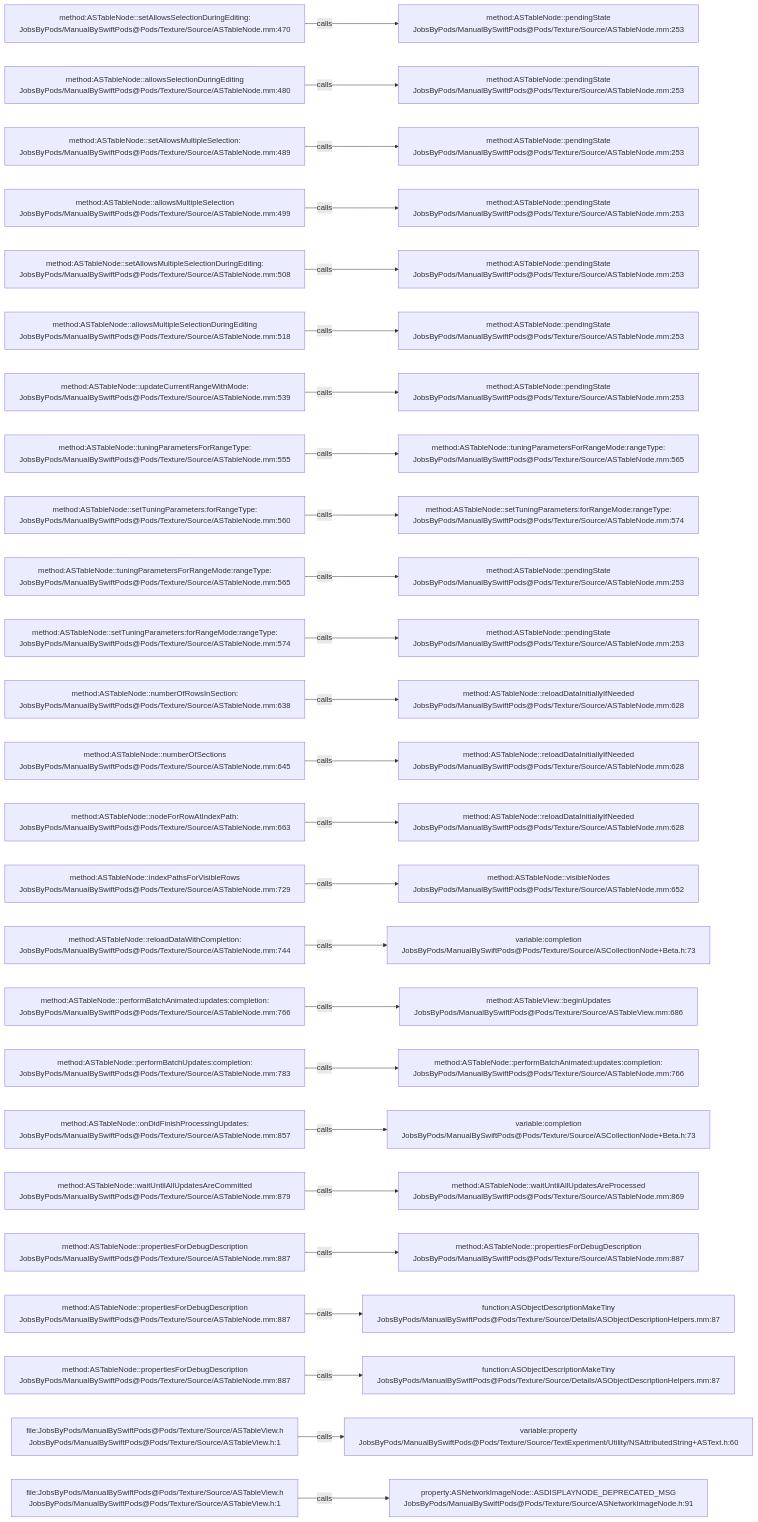
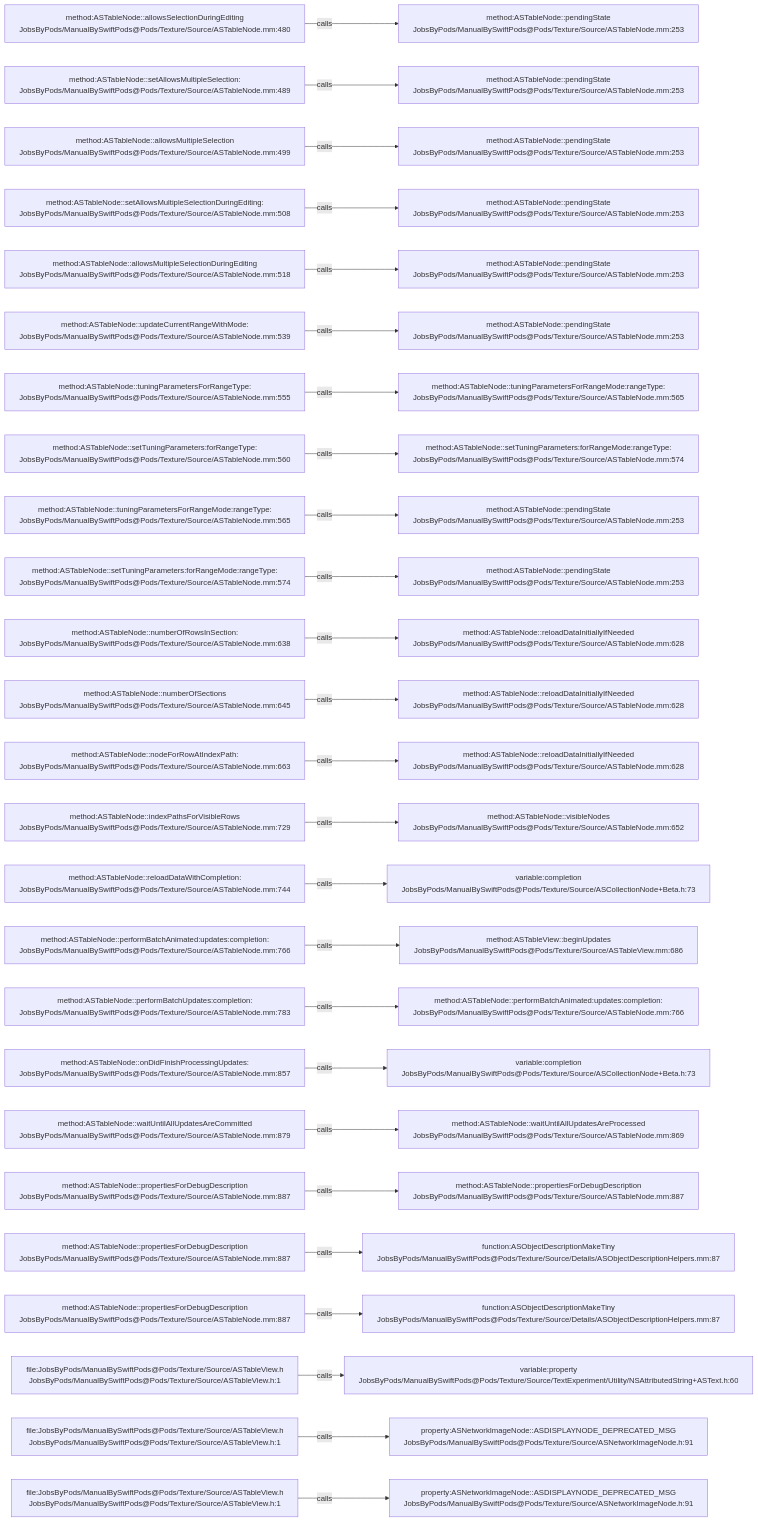
Before and after one commit to JobsKits/JobsSwiftBaseConfigDemo: the diagram in .codegraph/codegraph.md/graphs/calls-056.md, drawn with Mermaid. The commit also changed 747 other files, not shown here.

````diff
--- a/.codegraph/codegraph.md/graphs/calls-056.md
+++ b/.codegraph/codegraph.md/graphs/calls-056.md
@@ -13,78 +13,78 @@
 ```mermaid
 flowchart LR
-  S1["method:ASTableNode::setAllowsSelectionDuringEditing:<br/>JobsByPods/ManualBySwiftPods@Pods/Texture/Source/ASTableNode.mm:470"]
+  S1["method:ASTableNode::allowsSelectionDuringEditing<br/>JobsByPods/ManualBySwiftPods@Pods/Texture/Source/ASTableNode.mm:480"]
   T1["method:ASTableNode::pendingState<br/>JobsByPods/ManualBySwiftPods@Pods/Texture/Source/ASTableNode.mm:253"]
   S1 -->|calls| T1
-  S2["method:ASTableNode::allowsSelectionDuringEditing<br/>JobsByPods/ManualBySwiftPods@Pods/Texture/Source/ASTableNode.mm:480"]
+  S2["method:ASTableNode::setAllowsMultipleSelection:<br/>JobsByPods/ManualBySwiftPods@Pods/Texture/Source/ASTableNode.mm:489"]
   T2["method:ASTableNode::pendingState<br/>JobsByPods/ManualBySwiftPods@Pods/Texture/Source/ASTableNode.mm:253"]
   S2 -->|calls| T2
-  S3["method:ASTableNode::setAllowsMultipleSelection:<br/>JobsByPods/ManualBySwiftPods@Pods/Texture/Source/ASTableNode.mm:489"]
+  S3["method:ASTableNode::allowsMultipleSelection<br/>JobsByPods/ManualBySwiftPods@Pods/Texture/Source/ASTableNode.mm:499"]
   T3["method:ASTableNode::pendingState<br/>JobsByPods/ManualBySwiftPods@Pods/Texture/Source/ASTableNode.mm:253"]
   S3 -->|calls| T3
-  S4["method:ASTableNode::allowsMultipleSelection<br/>JobsByPods/ManualBySwiftPods@Pods/Texture/Source/ASTableNode.mm:499"]
+  S4["method:ASTableNode::setAllowsMultipleSelectionDuringEditing:<br/>JobsByPods/ManualBySwiftPods@Pods/Texture/Source/ASTableNode.mm:508"]
   T4["method:ASTableNode::pendingState<br/>JobsByPods/ManualBySwiftPods@Pods/Texture/Source/ASTableNode.mm:253"]
   S4 -->|calls| T4
-  S5["method:ASTableNode::setAllowsMultipleSelectionDuringEditing:<br/>JobsByPods/ManualBySwiftPods@Pods/Texture/Source/ASTableNode.mm:508"]
+  S5["method:ASTableNode::allowsMultipleSelectionDuringEditing<br/>JobsByPods/ManualBySwiftPods@Pods/Texture/Source/ASTableNode.mm:518"]
   T5["method:ASTableNode::pendingState<br/>JobsByPods/ManualBySwiftPods@Pods/Texture/Source/ASTableNode.mm:253"]
   S5 -->|calls| T5
-  S6["method:ASTableNode::allowsMultipleSelectionDuringEditing<br/>JobsByPods/ManualBySwiftPods@Pods/Texture/Source/ASTableNode.mm:518"]
+  S6["method:ASTableNode::updateCurrentRangeWithMode:<br/>JobsByPods/ManualBySwiftPods@Pods/Texture/Source/ASTableNode.mm:539"]
   T6["method:ASTableNode::pendingState<br/>JobsByPods/ManualBySwiftPods@Pods/Texture/Source/ASTableNode.mm:253"]
   S6 -->|calls| T6
-  S7["method:ASTableNode::updateCurrentRangeWithMode:<br/>JobsByPods/ManualBySwiftPods@Pods/Texture/Source/ASTableNode.mm:539"]
-  T7["method:ASTableNode::pendingState<br/>JobsByPods/ManualBySwiftPods@Pods/Texture/Source/ASTableNode.mm:253"]
+  S7["method:ASTableNode::tuningParametersForRangeType:<br/>JobsByPods/ManualBySwiftPods@Pods/Texture/Source/ASTableNode.mm:555"]
+  T7["method:ASTableNode::tuningParametersForRangeMode:rangeType:<br/>JobsByPods/ManualBySwiftPods@Pods/Texture/Source/ASTableNode.mm:565"]
   S7 -->|calls| T7
-  S8["method:ASTableNode::tuningParametersForRangeType:<br/>JobsByPods/ManualBySwiftPods@Pods/Texture/Source/ASTableNode.mm:555"]
-  T8["method:ASTableNode::tuningParametersForRangeMode:rangeType:<br/>JobsByPods/ManualBySwiftPods@Pods/Texture/Source/ASTableNode.mm:565"]
+  S8["method:ASTableNode::setTuningParameters:forRangeType:<br/>JobsByPods/ManualBySwiftPods@Pods/Texture/Source/ASTableNode.mm:560"]
+  T8["method:ASTableNode::setTuningParameters:forRangeMode:rangeType:<br/>JobsByPods/ManualBySwiftPods@Pods/Texture/Source/ASTableNode.mm:574"]
   S8 -->|calls| T8
-  S9["method:ASTableNode::setTuningParameters:forRangeType:<br/>JobsByPods/ManualBySwiftPods@Pods/Texture/Source/ASTableNode.mm:560"]
-  T9["method:ASTableNode::setTuningParameters:forRangeMode:rangeType:<br/>JobsByPods/ManualBySwiftPods@Pods/Texture/Source/ASTableNode.mm:574"]
+  S9["method:ASTableNode::tuningParametersForRangeMode:rangeType:<br/>JobsByPods/ManualBySwiftPods@Pods/Texture/Source/ASTableNode.mm:565"]
+  T9["method:ASTableNode::pendingState<br/>JobsByPods/ManualBySwiftPods@Pods/Texture/Source/ASTableNode.mm:253"]
   S9 -->|calls| T9
-  S10["method:ASTableNode::tuningParametersForRangeMode:rangeType:<br/>JobsByPods/ManualBySwiftPods@Pods/Texture/Source/ASTableNode.mm:565"]
+  S10["method:ASTableNode::setTuningParameters:forRangeMode:rangeType:<br/>JobsByPods/ManualBySwiftPods@Pods/Texture/Source/ASTableNode.mm:574"]
   T10["method:ASTableNode::pendingState<br/>JobsByPods/ManualBySwiftPods@Pods/Texture/Source/ASTableNode.mm:253"]
   S10 -->|calls| T10
-  S11["method:ASTableNode::setTuningParameters:forRangeMode:rangeType:<br/>JobsByPods/ManualBySwiftPods@Pods/Texture/Source/ASTableNode.mm:574"]
-  T11["method:ASTableNode::pendingState<br/>JobsByPods/ManualBySwiftPods@Pods/Texture/Source/ASTableNode.mm:253"]
+  S11["method:ASTableNode::numberOfRowsInSection:<br/>JobsByPods/ManualBySwiftPods@Pods/Texture/Source/ASTableNode.mm:638"]
+  T11["method:ASTableNode::reloadDataInitiallyIfNeeded<br/>JobsByPods/ManualBySwiftPods@Pods/Texture/Source/ASTableNode.mm:628"]
   S11 -->|calls| T11
-  S12["method:ASTableNode::numberOfRowsInSection:<br/>JobsByPods/ManualBySwiftPods@Pods/Texture/Source/ASTableNode.mm:638"]
+  S12["method:ASTableNode::numberOfSections<br/>JobsByPods/ManualBySwiftPods@Pods/Texture/Source/ASTableNode.mm:645"]
   T12["method:ASTableNode::reloadDataInitiallyIfNeeded<br/>JobsByPods/ManualBySwiftPods@Pods/Texture/Source/ASTableNode.mm:628"]
   S12 -->|calls| T12
-  S13["method:ASTableNode::numberOfSections<br/>JobsByPods/ManualBySwiftPods@Pods/Texture/Source/ASTableNode.mm:645"]
+  S13["method:ASTableNode::nodeForRowAtIndexPath:<br/>JobsByPods/ManualBySwiftPods@Pods/Texture/Source/ASTableNode.mm:663"]
   T13["method:ASTableNode::reloadDataInitiallyIfNeeded<br/>JobsByPods/ManualBySwiftPods@Pods/Texture/Source/ASTableNode.mm:628"]
   S13 -->|calls| T13
-  S14["method:ASTableNode::nodeForRowAtIndexPath:<br/>JobsByPods/ManualBySwiftPods@Pods/Texture/Source/ASTableNode.mm:663"]
-  T14["method:ASTableNode::reloadDataInitiallyIfNeeded<br/>JobsByPods/ManualBySwiftPods@Pods/Texture/Source/ASTableNode.mm:628"]
+  S14["method:ASTableNode::indexPathsForVisibleRows<br/>JobsByPods/ManualBySwiftPods@Pods/Texture/Source/ASTableNode.mm:729"]
+  T14["method:ASTableNode::visibleNodes<br/>JobsByPods/ManualBySwiftPods@Pods/Texture/Source/ASTableNode.mm:652"]
   S14 -->|calls| T14
-  S15["method:ASTableNode::indexPathsForVisibleRows<br/>JobsByPods/ManualBySwiftPods@Pods/Texture/Source/ASTableNode.mm:729"]
-  T15["method:ASTableNode::visibleNodes<br/>JobsByPods/ManualBySwiftPods@Pods/Texture/Source/ASTableNode.mm:652"]
+  S15["method:ASTableNode::reloadDataWithCompletion:<br/>JobsByPods/ManualBySwiftPods@Pods/Texture/Source/ASTableNode.mm:744"]
+  T15["variable:completion<br/>JobsByPods/ManualBySwiftPods@Pods/Texture/Source/ASCollectionNode+Beta.h:73"]
   S15 -->|calls| T15
-  S16["method:ASTableNode::reloadDataWithCompletion:<br/>JobsByPods/ManualBySwiftPods@Pods/Texture/Source/ASTableNode.mm:744"]
-  T16["variable:completion<br/>JobsByPods/ManualBySwiftPods@Pods/Texture/Source/ASCollectionNode+Beta.h:73"]
+  S16["method:ASTableNode::performBatchAnimated:updates:completion:<br/>JobsByPods/ManualBySwiftPods@Pods/Texture/Source/ASTableNode.mm:766"]
+  T16["method:ASTableView::beginUpdates<br/>JobsByPods/ManualBySwiftPods@Pods/Texture/Source/ASTableView.mm:686"]
   S16 -->|calls| T16
-  S17["method:ASTableNode::performBatchAnimated:updates:completion:<br/>JobsByPods/ManualBySwiftPods@Pods/Texture/Source/ASTableNode.mm:766"]
-  T17["method:ASTableView::beginUpdates<br/>JobsByPods/ManualBySwiftPods@Pods/Texture/Source/ASTableView.mm:686"]
+  S17["method:ASTableNode::performBatchUpdates:completion:<br/>JobsByPods/ManualBySwiftPods@Pods/Texture/Source/ASTableNode.mm:783"]
+  T17["method:ASTableNode::performBatchAnimated:updates:completion:<br/>JobsByPods/ManualBySwiftPods@Pods/Texture/Source/ASTableNode.mm:766"]
   S17 -->|calls| T17
-  S18["method:ASTableNode::performBatchUpdates:completion:<br/>JobsByPods/ManualBySwiftPods@Pods/Texture/Source/ASTableNode.mm:783"]
-  T18["method:ASTableNode::performBatchAnimated:updates:completion:<br/>JobsByPods/ManualBySwiftPods@Pods/Texture/Source/ASTableNode.mm:766"]
+  S18["method:ASTableNode::onDidFinishProcessingUpdates:<br/>JobsByPods/ManualBySwiftPods@Pods/Texture/Source/ASTableNode.mm:857"]
+  T18["variable:completion<br/>JobsByPods/ManualBySwiftPods@Pods/Texture/Source/ASCollectionNode+Beta.h:73"]
   S18 -->|calls| T18
-  S19["method:ASTableNode::onDidFinishProcessingUpdates:<br/>JobsByPods/ManualBySwiftPods@Pods/Texture/Source/ASTableNode.mm:857"]
-  T19["variable:completion<br/>JobsByPods/ManualBySwiftPods@Pods/Texture/Source/ASCollectionNode+Beta.h:73"]
+  S19["method:ASTableNode::waitUntilAllUpdatesAreCommitted<br/>JobsByPods/ManualBySwiftPods@Pods/Texture/Source/ASTableNode.mm:879"]
+  T19["method:ASTableNode::waitUntilAllUpdatesAreProcessed<br/>JobsByPods/ManualBySwiftPods@Pods/Texture/Source/ASTableNode.mm:869"]
   S19 -->|calls| T19
-  S20["method:ASTableNode::waitUntilAllUpdatesAreCommitted<br/>JobsByPods/ManualBySwiftPods@Pods/Texture/Source/ASTableNode.mm:879"]
-  T20["method:ASTableNode::waitUntilAllUpdatesAreProcessed<br/>JobsByPods/ManualBySwiftPods@Pods/Texture/Source/ASTableNode.mm:869"]
+  S20["method:ASTableNode::propertiesForDebugDescription<br/>JobsByPods/ManualBySwiftPods@Pods/Texture/Source/ASTableNode.mm:887"]
+  T20["method:ASTableNode::propertiesForDebugDescription<br/>JobsByPods/ManualBySwiftPods@Pods/Texture/Source/ASTableNode.mm:887"]
   S20 -->|calls| T20
   S21["method:ASTableNode::propertiesForDebugDescription<br/>JobsByPods/ManualBySwiftPods@Pods/Texture/Source/ASTableNode.mm:887"]
-  T21["method:ASTableNode::propertiesForDebugDescription<br/>JobsByPods/ManualBySwiftPods@Pods/Texture/Source/ASTableNode.mm:887"]
+  T21["function:ASObjectDescriptionMakeTiny<br/>JobsByPods/ManualBySwiftPods@Pods/Texture/Source/Details/ASObjectDescriptionHelpers.mm:87"]
   S21 -->|calls| T21
   S22["method:ASTableNode::propertiesForDebugDescription<br/>JobsByPods/ManualBySwiftPods@Pods/Texture/Source/ASTableNode.mm:887"]
   T22["function:ASObjectDescriptionMakeTiny<br/>JobsByPods/ManualBySwiftPods@Pods/Texture/Source/Details/ASObjectDescriptionHelpers.mm:87"]
   S22 -->|calls| T22
-  S23["method:ASTableNode::propertiesForDebugDescription<br/>JobsByPods/ManualBySwiftPods@Pods/Texture/Source/ASTableNode.mm:887"]
-  T23["function:ASObjectDescriptionMakeTiny<br/>JobsByPods/ManualBySwiftPods@Pods/Texture/Source/Details/ASObjectDescriptionHelpers.mm:87"]
+  S23["file:JobsByPods/ManualBySwiftPods@Pods/Texture/Source/ASTableView.h<br/>JobsByPods/ManualBySwiftPods@Pods/Texture/Source/ASTableView.h:1"]
+  T23["variable:property<br/>JobsByPods/ManualBySwiftPods@Pods/Texture/Source/TextExperiment/Utility/NSAttributedString+ASText.h:60"]
   S23 -->|calls| T23
   S24["file:JobsByPods/ManualBySwiftPods@Pods/Texture/Source/ASTableView.h<br/>JobsByPods/ManualBySwiftPods@Pods/Texture/Source/ASTableView.h:1"]
-  T24["variable:property<br/>JobsByPods/ManualBySwiftPods@Pods/Texture/Source/TextExperiment/Utility/NSAttributedString+ASText.h:60"]
+  T24["property:ASNetworkImageNode::ASDISPLAYNODE_DEPRECATED_MSG<br/>JobsByPods/ManualBySwiftPods@Pods/Texture/Source/ASNetworkImageNode.h:91"]
   S24 -->|calls| T24
   S25["file:JobsByPods/ManualBySwiftPods@Pods/Texture/Source/ASTableView.h<br/>JobsByPods/ManualBySwiftPods@Pods/Texture/Source/ASTableView.h:1"]
   T25["property:ASNetworkImageNode::ASDISPLAYNODE_DEPRECATED_MSG<br/>JobsByPods/ManualBySwiftPods@Pods/Texture/Source/ASNetworkImageNode.h:91"]
   S25 -->|calls| T25
 ```
````
